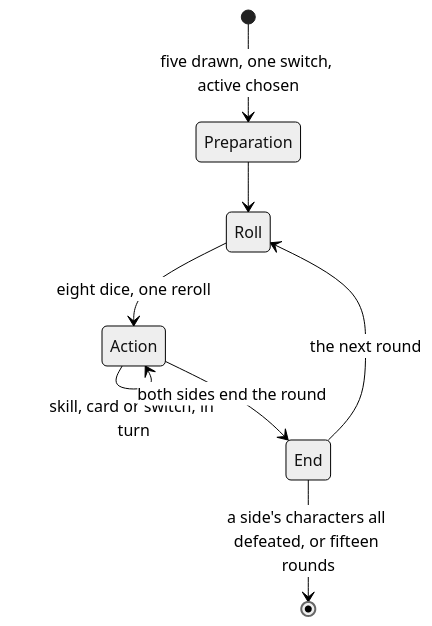
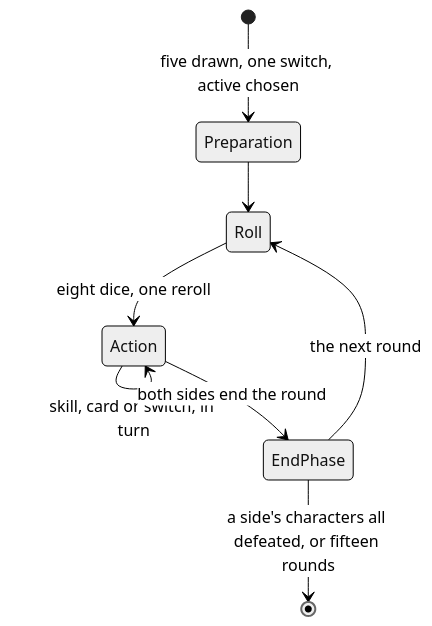
One commit to Esposter/Esposter changed the diagram in apps/web/content/docs/proposals/genshin/genius-invokation.md. Above: the diagram before and after it, drawn with Mermaid (neutral theme). The commit also changed 3 other files, not shown here.

````diff
--- a/apps/web/content/docs/proposals/genshin/genius-invokation.md
+++ b/apps/web/content/docs/proposals/genshin/genius-invokation.md
@@ -23,10 +23,10 @@
 ```mermaid
 stateDiagram-v2
   [*] --> Preparation: five drawn, one switch, active chosen
   Preparation --> Roll
   Roll --> Action: eight dice, one reroll
   Action --> Action: skill, card or switch, in turn
-  Action --> End: both sides end the round
-  End --> Roll: the next round
-  End --> [*]: a side's characters all defeated, or fifteen rounds
+  Action --> EndPhase: both sides end the round
+  EndPhase --> Roll: the next round
+  EndPhase --> [*]: a side's characters all defeated, or fifteen rounds
 ```
````
